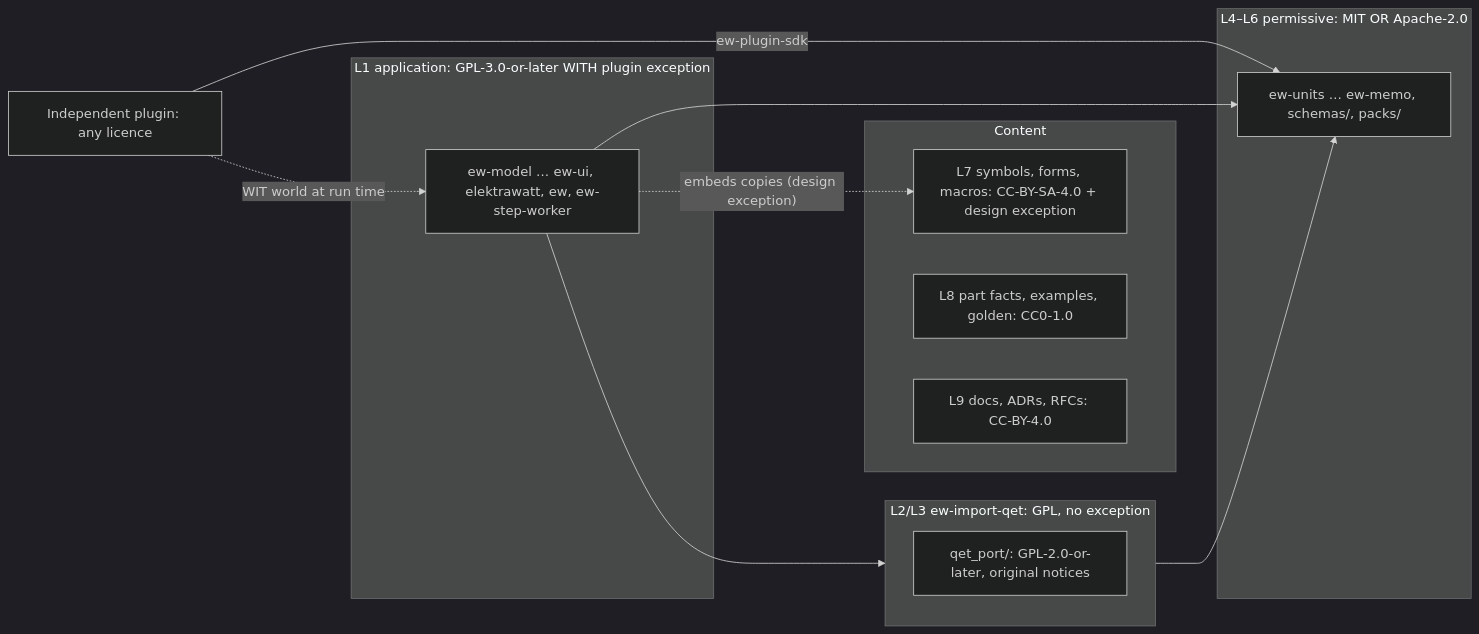
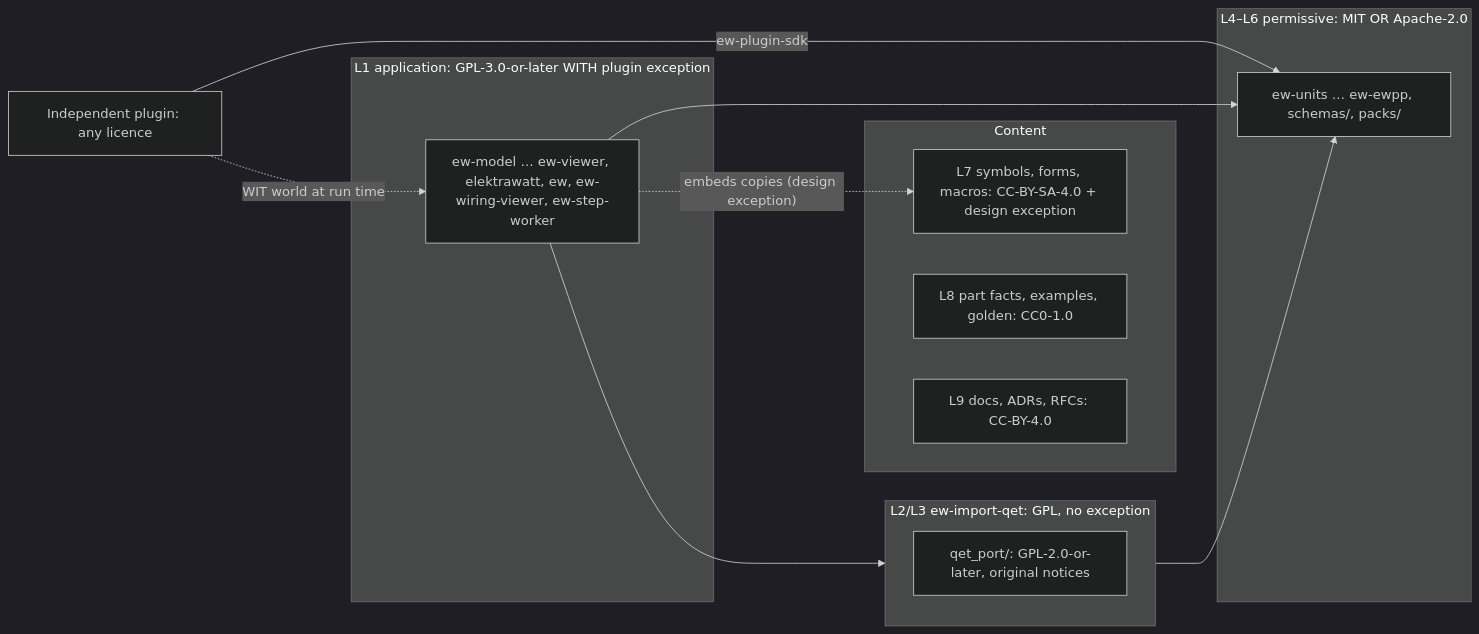
The first of 3 diagrams in docs/design/19-open-source-governance.md (Ironkode787/ElektraWatt), drawn with Mermaid (dark theme) before and after one commit. The commit also changed other lines of this file and 51 other files, not shown here.

````diff
--- a/docs/design/19-open-source-governance.md
+++ b/docs/design/19-open-source-governance.md
@@ -85,24 +87,24 @@
 ```mermaid
 graph LR
   subgraph APP["L1 application: GPL-3.0-or-later WITH plugin exception"]
-    gpl["ew-model … ew-ui, elektrawatt, ew, ew-step-worker"]
+    gpl["ew-model … ew-viewer, elektrawatt, ew, ew-wiring-viewer, ew-step-worker"]
   end
   subgraph QETC["L2/L3 ew-import-qet: GPL, no exception"]
     port["qet_port/: GPL-2.0-or-later, original notices"]
   end
   subgraph PERM["L4–L6 permissive: MIT OR Apache-2.0"]
-    p["ew-units … ew-memo, schemas/, packs/"]
+    p["ew-units … ew-ewpp, schemas/, packs/"]
   end
   subgraph CONT["Content"]
     sym["L7 symbols, forms, macros: CC-BY-SA-4.0 + design exception"]
     cc0["L8 part facts, examples, golden: CC0-1.0"]
     doc["L9 docs, ADRs, RFCs: CC-BY-4.0"]
   end
   plug["Independent plugin: any licence"]
   gpl --> p
   gpl --> QETC
   QETC --> p
   plug -- "ew-plugin-sdk" --> p
   plug -. "WIT world at run time" .-> gpl
   gpl -. "embeds copies (design exception)" .-> sym
 ```
````
